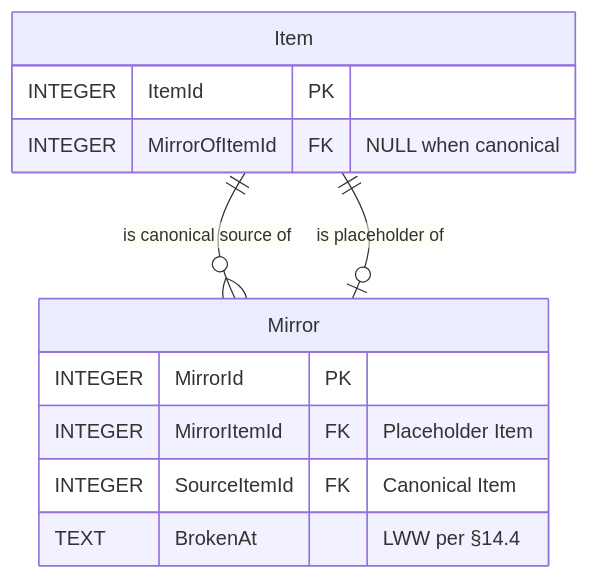
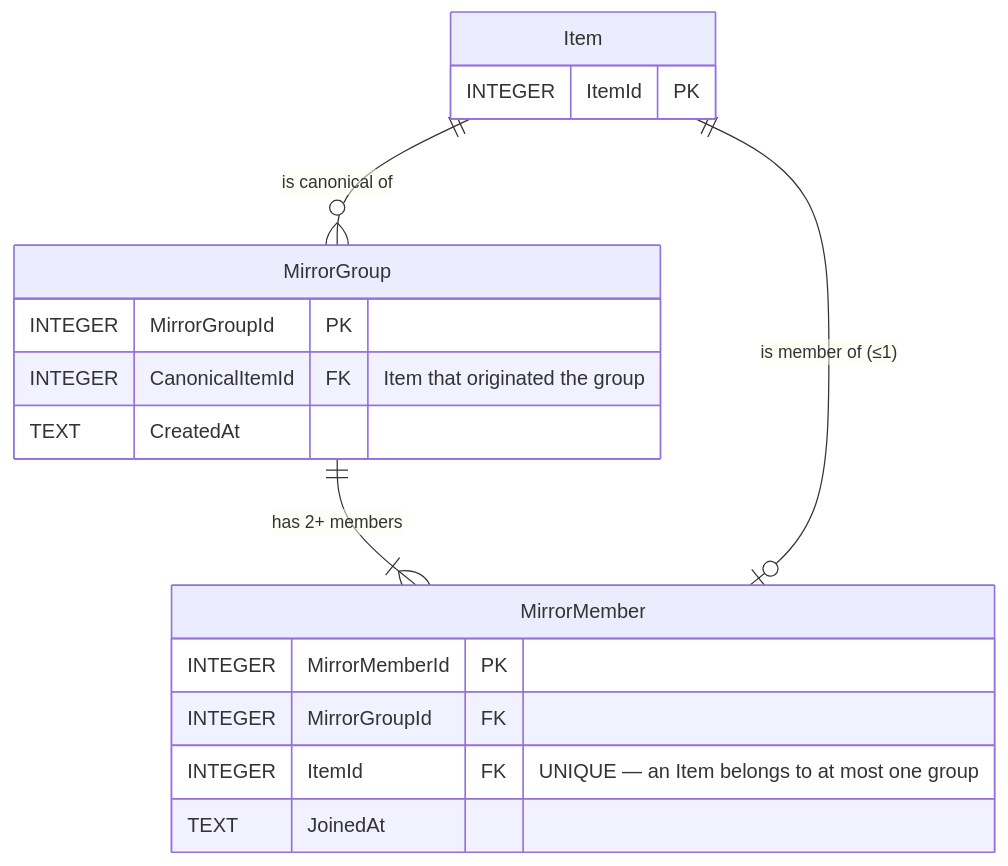
Before and after one commit to alimtvnetwork/workflowy-v3: the second of 9 diagrams in spec/31-app/07-db-diagram/04-feature-slices.md, drawn with Mermaid. The commit also changed other lines of this file, not shown here.

````diff
--- a/spec/31-app/07-db-diagram/04-feature-slices.md
+++ b/spec/31-app/07-db-diagram/04-feature-slices.md
@@ -50,16 +52,21 @@
 ```mermaid
 erDiagram
-    Item ||--o{ Mirror : "is canonical source of"
-    Item ||--o| Mirror : "is placeholder of"
+    MirrorGroup ||--|{ MirrorMember : "has 2+ members"
+    Item ||--o| MirrorMember : "is member of (≤1)"
+    Item ||--o{ MirrorGroup : "is canonical of"
 
+    MirrorGroup {
+        INTEGER MirrorGroupId PK
+        INTEGER CanonicalItemId FK "Item that originated the group"
+        TEXT CreatedAt
+    }
+    MirrorMember {
+        INTEGER MirrorMemberId PK
+        INTEGER MirrorGroupId FK
+        INTEGER ItemId FK "UNIQUE — an Item belongs to at most one group"
+        TEXT JoinedAt
+    }
     Item {
         INTEGER ItemId PK
-        INTEGER MirrorOfItemId FK "NULL when canonical"
-    }
-    Mirror {
-        INTEGER MirrorId PK
-        INTEGER MirrorItemId FK "Placeholder Item"
-        INTEGER SourceItemId FK "Canonical Item"
-        TEXT BrokenAt "LWW per §14.4"
     }
 ```
````
